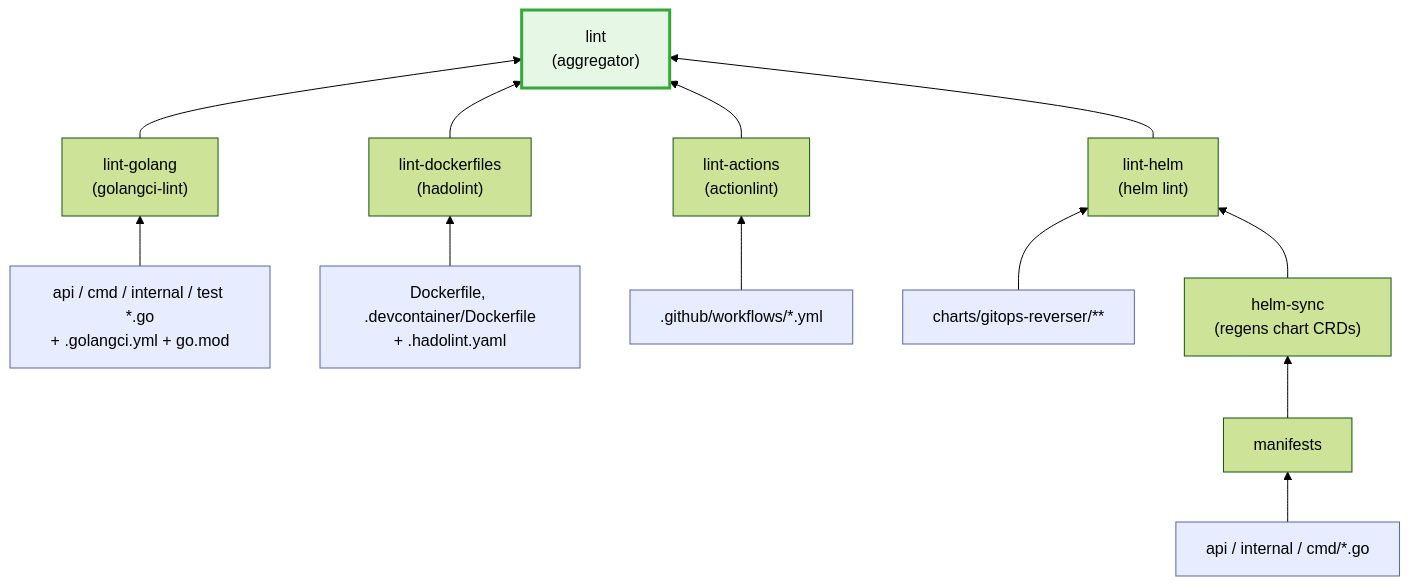
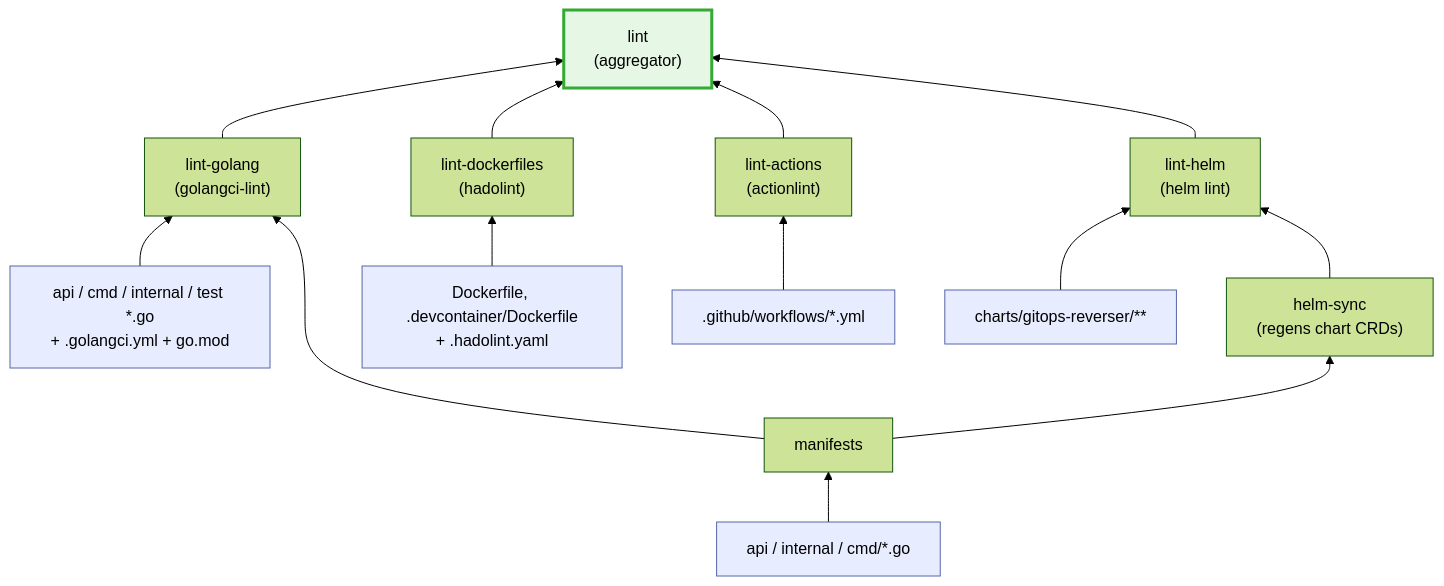
Before and after one commit to ConfigButler/gitops-reverser: the second of 5 diagrams in docs/tasks-overview.md, drawn with Mermaid (forest theme). The commit also changed other lines of this file and 2 other files, not shown here.

Commit message:
ci: small fixes to make sure that we can fingerprint our manifests as well

````diff
--- a/docs/tasks-overview.md
+++ b/docs/tasks-overview.md
@@ -105,22 +105,23 @@
 ```mermaid
 flowchart BT
   classDef src fill:#e8ecff,stroke:#5566aa,color:#000;
   classDef key fill:#e6f7e6,stroke:#33aa33,stroke-width:3px,color:#000;
 
   GO["api / cmd / internal / test *.go<br/>+ .golangci.yml + go.mod"]:::src
   DOCKER["Dockerfile, .devcontainer/Dockerfile<br/>+ .hadolint.yaml"]:::src
   WF[".github/workflows/*.yml"]:::src
   CHART["charts/gitops-reverser/**"]:::src
   API["api / internal / cmd/*.go"]:::src
 
   GO --> LGO
   DOCKER --> DLINT
   WF --> ALINT
   API --> manifests --> SYNC["helm-sync<br/>(regens chart CRDs)"]
+  manifests --> LGO
   CHART --> HLINT
   SYNC --> HLINT["lint-helm<br/>(helm lint)"]
   LGO["lint-golang<br/>(golangci-lint)"] --> LINT["lint<br/>(aggregator)"]:::key
   DLINT["lint-dockerfiles<br/>(hadolint)"] --> LINT
   ALINT["lint-actions<br/>(actionlint)"] --> LINT
   HLINT --> LINT
 ```
````
